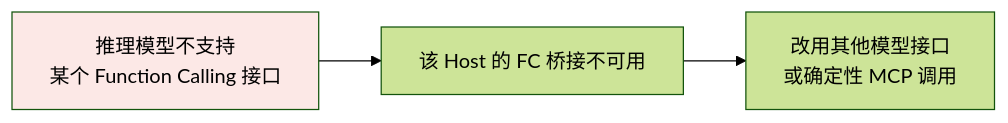
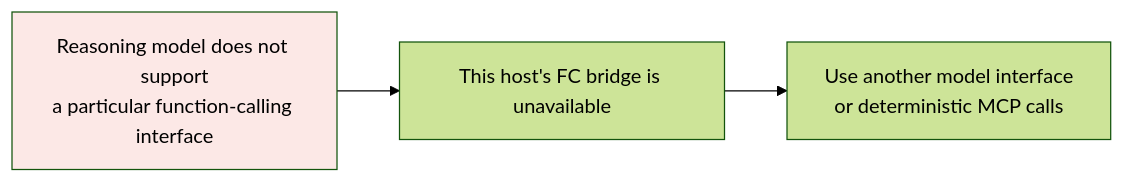
The first of 4 diagrams in docs/tools/01-function-calling/07-reasoning-models-and-tools.md (oneleaveknowsthefall/awesome-ai-roadmap), drawn with Mermaid (forest theme) before and after one commit. The commit also changed other lines of this file and 42 other files, not shown here.

````diff
--- a/docs/tools/01-function-calling/07-reasoning-models-and-tools.md
+++ b/docs/tools/01-function-calling/07-reasoning-models-and-tools.md
@@ -11,7 +11,7 @@
 ```mermaid
 flowchart LR
-    A["推理模型不支持<br/>某个 Function Calling 接口"] --> B["该 Host 的 FC 桥接不可用"]
-    B --> C["改用其他模型接口<br/>或确定性 MCP 调用"]
+    A["Reasoning model does not support<br/>a particular function-calling interface"] --> B["This host's FC bridge is unavailable"]
+    B --> C["Use another model interface<br/>or deterministic MCP calls"]
 
     style A fill:#fce8e6
 ```
````
